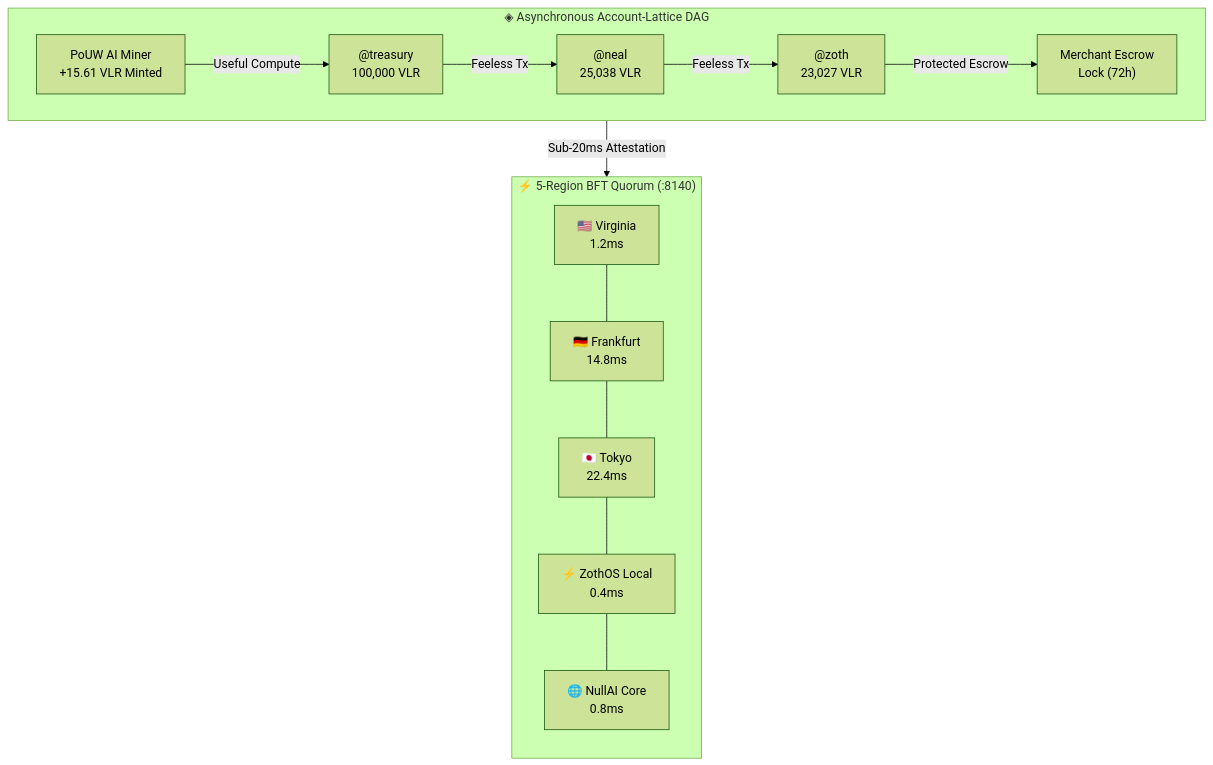
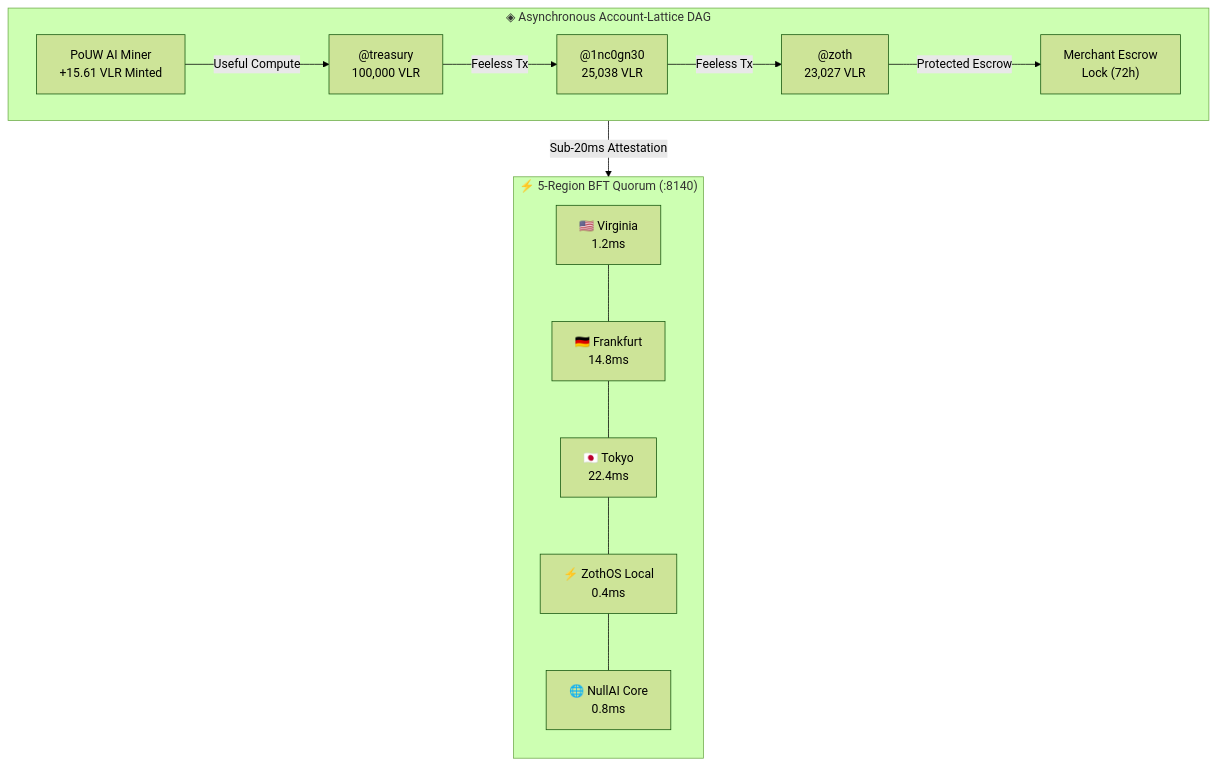
Before and after one commit to 1nc0gn30/zoth-os: the diagram in templates/vaelor-telemetry.template.md, drawn with Mermaid (forest theme). The commit also changed 47 other files, not shown here.

````diff
--- a/templates/vaelor-telemetry.template.md
+++ b/templates/vaelor-telemetry.template.md
@@ -32,20 +32,20 @@
 ```mermaid
 flowchart TD
     subgraph AccountLattice["◈ Asynchronous Account-Lattice DAG"]
         direction LR
-        A["@treasury<br/>100,000 VLR"] -->|Feeless Tx| B["@neal<br/>25,038 VLR"]
+        A["@treasury<br/>100,000 VLR"] -->|Feeless Tx| B["@1nc0gn30<br/>25,038 VLR"]
         B -->|Feeless Tx| C["@zoth<br/>23,027 VLR"]
         C -->|Protected Escrow| D["Merchant Escrow<br/>Lock (72h)"]
         E["PoUW AI Miner<br/>+15.61 VLR Minted"] -->|Useful Compute| A
     end
     
     subgraph ValidatorConsensus["⚡ 5-Region BFT Quorum (:8140)"]
         direction TB
         V1["🇺🇸 Virginia<br/>1.2ms"] --- V2["🇩🇪 Frankfurt<br/>14.8ms"]
         V2 --- V3["🇯🇵 Tokyo<br/>22.4ms"]
         V3 --- V4["⚡ ZothOS Local<br/>0.4ms"]
         V4 --- V5["🌐 NullAI Core<br/>0.8ms"]
     end
     
     AccountLattice -->|Sub-20ms Attestation| ValidatorConsensus
 ```
````
